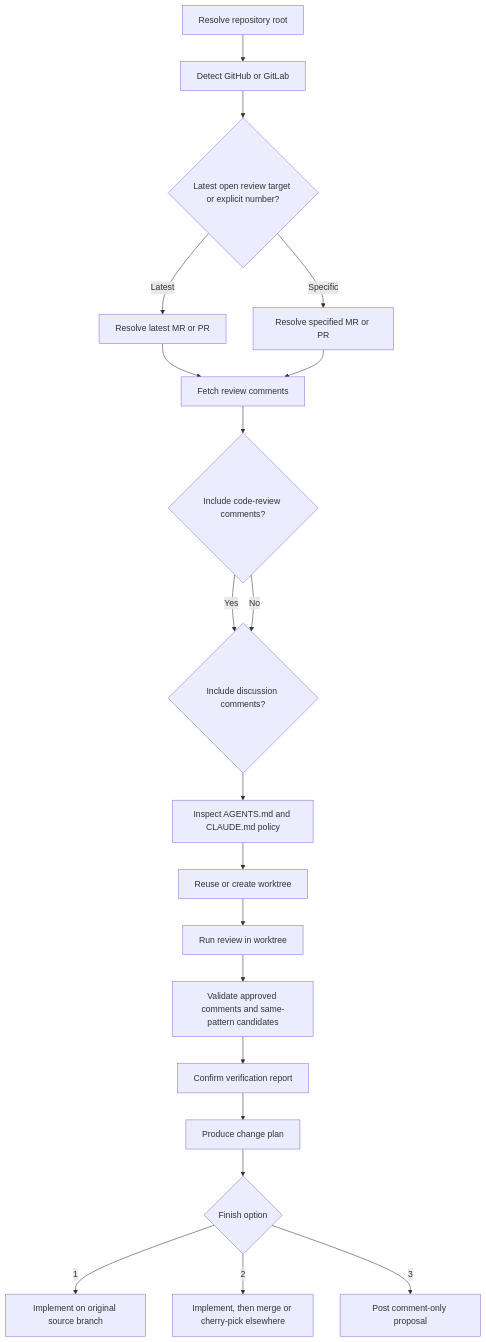
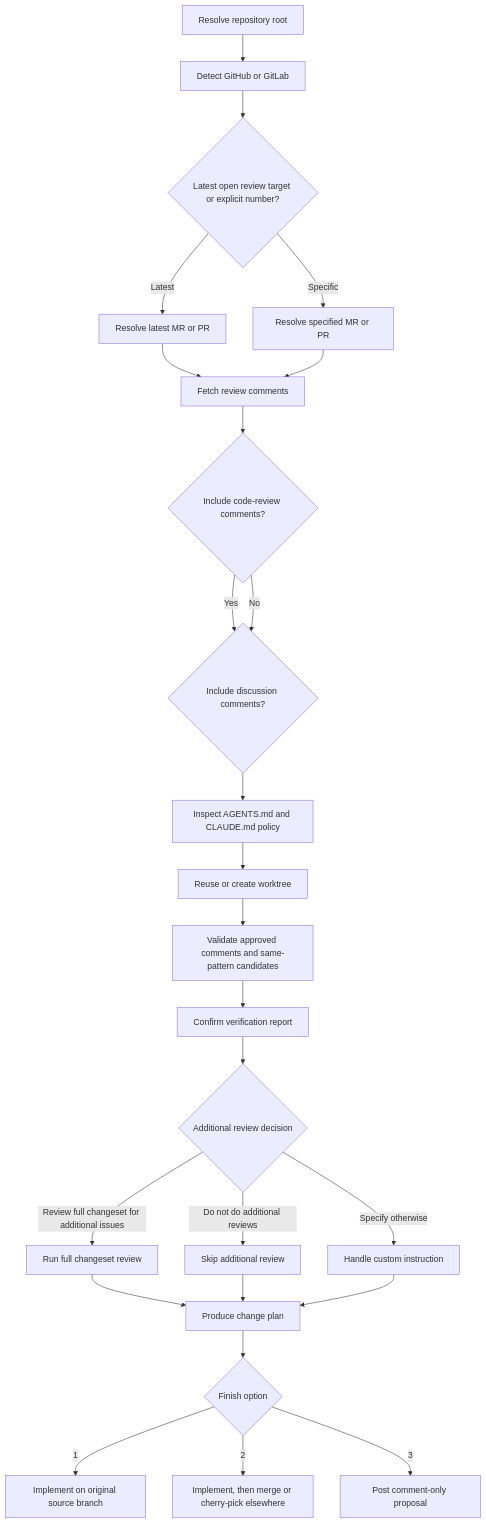
The diagram in skills/review-pr/README.md (DavidSonoda/vcs-review-flow), drawn with Mermaid before and after one commit. The commit also changed other lines of this file and 3 other files, not shown here.

Commit message:
docs: require additional review decision in review-pr

````diff
--- a/skills/review-pr/README.md
+++ b/skills/review-pr/README.md
@@ -67,22 +78,27 @@
 ```mermaid
 flowchart TD
     A[Resolve repository root] --> B[Detect GitHub or GitLab]
     B --> C{Latest open review target or explicit number?}
     C -->|Latest| D[Resolve latest MR or PR]
     C -->|Specific| E[Resolve specified MR or PR]
     D --> F[Fetch review comments]
     E --> F
     F --> G{Include code-review comments?}
     G -->|Yes| H{Include discussion comments?}
     G -->|No| H
     H --> I[Inspect AGENTS.md and CLAUDE.md policy]
     I --> J[Reuse or create worktree]
-    J --> K[Run review in worktree]
-    K --> L[Validate approved comments and same-pattern candidates]
-    L --> M[Confirm verification report]
-    M --> N[Produce change plan]
-    N --> O{Finish option}
-    O -->|1| P[Implement on original source branch]
-    O -->|2| Q[Implement, then merge or cherry-pick elsewhere]
-    O -->|3| R[Post comment-only proposal]
+    J --> K[Validate approved comments and same-pattern candidates]
+    K --> L[Confirm verification report]
+    L --> M{Additional review decision}
+    M -->|Review full changeset for additional issues| N[Run full changeset review]
+    M -->|Do not do additional reviews| O[Skip additional review]
+    M -->|Specify otherwise| P[Handle custom instruction]
+    N --> Q[Produce change plan]
+    O --> Q
+    P --> Q
+    Q --> R{Finish option}
+    R -->|1| S[Implement on original source branch]
+    R -->|2| T[Implement, then merge or cherry-pick elsewhere]
+    R -->|3| U[Post comment-only proposal]
 ```
````
